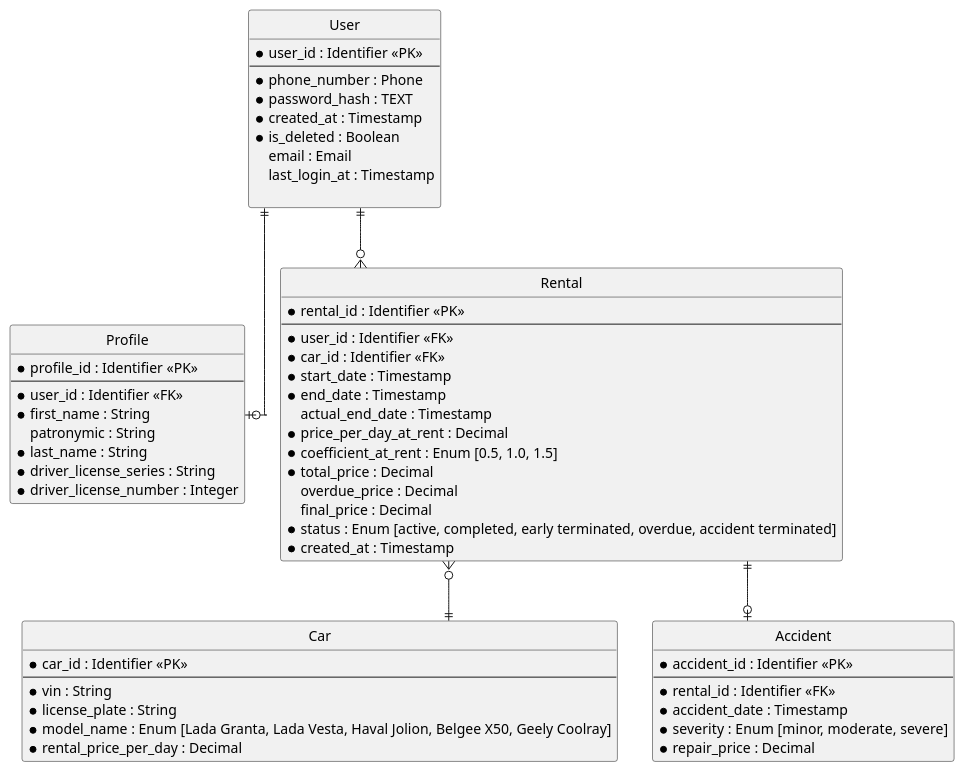
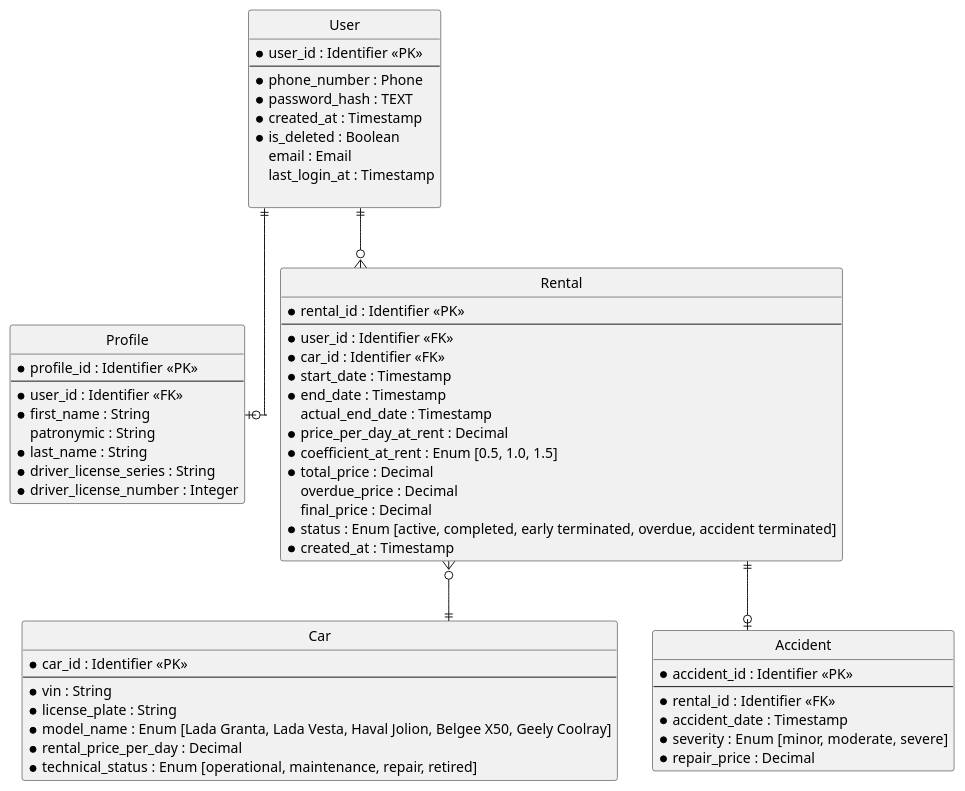
The second of 2 diagrams in solution.md (NastyaST8896/System-Design), drawn with PlantUML before and after one commit. The commit also changed other lines of this file and 1 other file, not shown here.

````diff
--- a/solution.md
+++ b/solution.md
@@ -203,69 +342,70 @@
 ```plantuml
 @startuml
 skinparam linetype ortho
 hide circle
 
 entity "User" as User {
   * user_id : Identifier <<PK>>
   --
   * phone_number : Phone
   * password_hash : TEXT
   * created_at : Timestamp
   * is_deleted : Boolean
   email : Email
   last_login_at : Timestamp
 
 }
 
 entity "Profile" as Profile {
   * profile_id : Identifier <<PK>>
   --
   * user_id : Identifier <<FK>>
   * first_name : String
   patronymic : String
   * last_name : String
   * driver_license_series : String
   * driver_license_number : Integer
 }
 
 entity "Rental" as Rental {
   * rental_id : Identifier <<PK>>
   --
   * user_id : Identifier <<FK>>
   * car_id : Identifier <<FK>>
   * start_date : Timestamp
   * end_date : Timestamp
   actual_end_date : Timestamp
   * price_per_day_at_rent : Decimal
   * coefficient_at_rent : Enum [0.5, 1.0, 1.5]
   * total_price : Decimal
   overdue_price : Decimal
   final_price : Decimal
   * status : Enum [active, completed, early terminated, overdue, accident terminated]
   * created_at : Timestamp
 }
 
 entity "Car" as Car {
   * car_id : Identifier <<PK>>
   --
   * vin : String
   * license_plate : String
   * model_name : Enum [Lada Granta, Lada Vesta, Haval Jolion, Belgee X50, Geely Coolray]
   * rental_price_per_day : Decimal
+  * technical_status : Enum [operational, maintenance, repair, retired]
 }
 
 entity "Accident" as Accident {
   * accident_id : Identifier <<PK>>
   --
   * rental_id : Identifier <<FK>>
   * accident_date : Timestamp
   * severity : Enum [minor, moderate, severe]
   * repair_price : Decimal
 }
 
 User ||--o| Profile
 User ||--o{ Rental
 Rental }o--|| Car
 Rental ||--o| Accident
 @enduml
 ```
````
